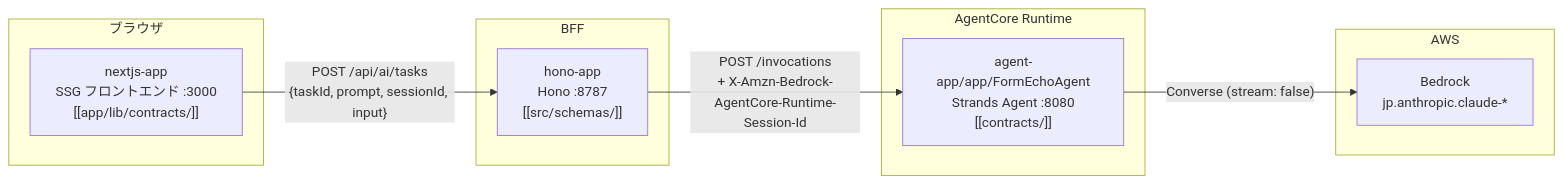
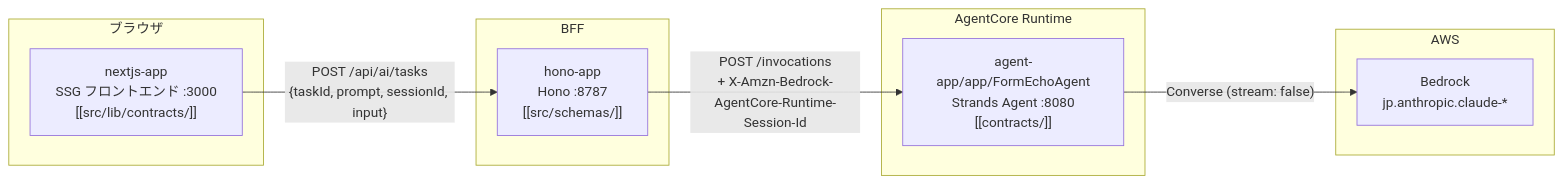
Before and after one commit to ag-ke-nakamura/form-echo-agent: the first of 9 diagrams in docs/architecture.md, drawn with Mermaid. The commit also changed other lines of this file and 83 other files, not shown here.

First line of the commit message:
nextjs-app を src/ の feature-based 構成へ移す（#157）

````diff
--- a/docs/architecture.md
+++ b/docs/architecture.md
@@ -9,22 +9,22 @@
 ```mermaid
 graph LR
     subgraph browser["ブラウザ"]
-        UI["nextjs-app<br/>SSG フロントエンド :3000<br/>[[app/lib/contracts/]]"]
+        UI["nextjs-app<br/>SSG フロントエンド :3000<br/>[[src/lib/contracts/]]"]
     end
 
     subgraph bff_box["BFF"]
         BFF["hono-app<br/>Hono :8787<br/>[[src/schemas/]]"]
     end
 
     subgraph runtime_box["AgentCore Runtime"]
         RT["agent-app/app/FormEchoAgent<br/>Strands Agent :8080<br/>[[contracts/]]"]
     end
 
     subgraph aws["AWS"]
         BR["Bedrock<br/>jp.anthropic.claude-*"]
     end
 
     UI -->|"POST /api/ai/tasks<br/>{taskId, prompt, sessionId, input}"| BFF
     BFF -->|"POST /invocations<br/>+ X-Amzn-Bedrock-AgentCore-Runtime-Session-Id"| RT
     RT -->|"Converse (stream: false)"| BR
 ```
````
